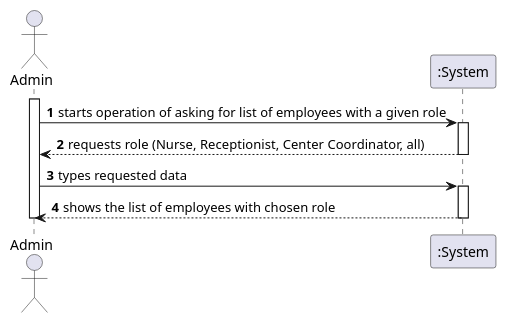
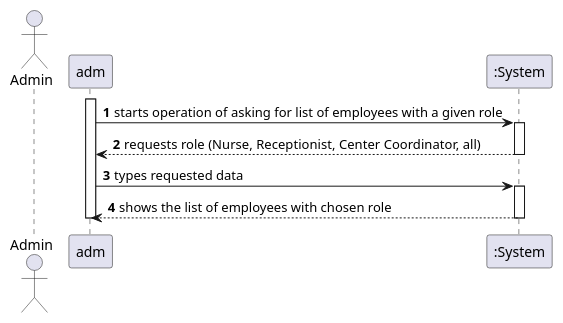
One commit to PedroMesquita1211171/VaccinationManager changed the diagram in docs/SprintB/US/US11/US011_SSD.puml. Above: the diagram before and after it, drawn with PlantUML. The commit also changed 4 other files, not shown here.

```diff
--- a/docs/SprintB/US/US11/US011_SSD.puml
+++ b/docs/SprintB/US/US11/US011_SSD.puml
@@ -1,18 +1,18 @@
 @startuml
 autonumber
 actor "Admin" as rcp
 
-activate rcp
-rcp -> ":System" : starts operation of asking for list of employees with a given role
+activate adm
+adm -> ":System" : starts operation of asking for list of employees with a given role
 activate ":System"
-":System" --> rcp : requests role (Nurse, Receptionist, Center Coordinator, all)
+":System" --> adm : requests role (Nurse, Receptionist, Center Coordinator, all)
 deactivate ":System"
 
-rcp -> ":System" : types requested data
+adm -> ":System" : types requested data
 activate ":System"
-":System" --> rcp : shows the list of employees with chosen role
+":System" --> adm : shows the list of employees with chosen role
 deactivate ":System"
 
-deactivate rcp
+deactivate adm
 
-@endum
+@enduml
```
